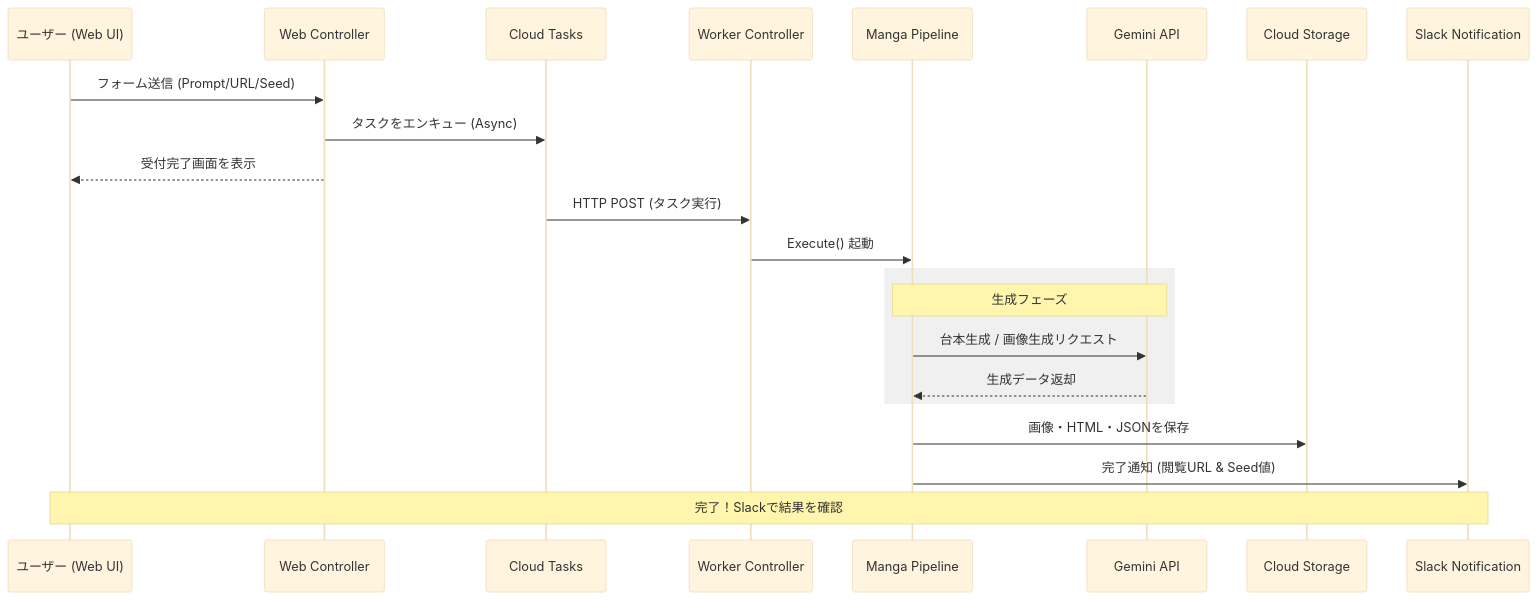
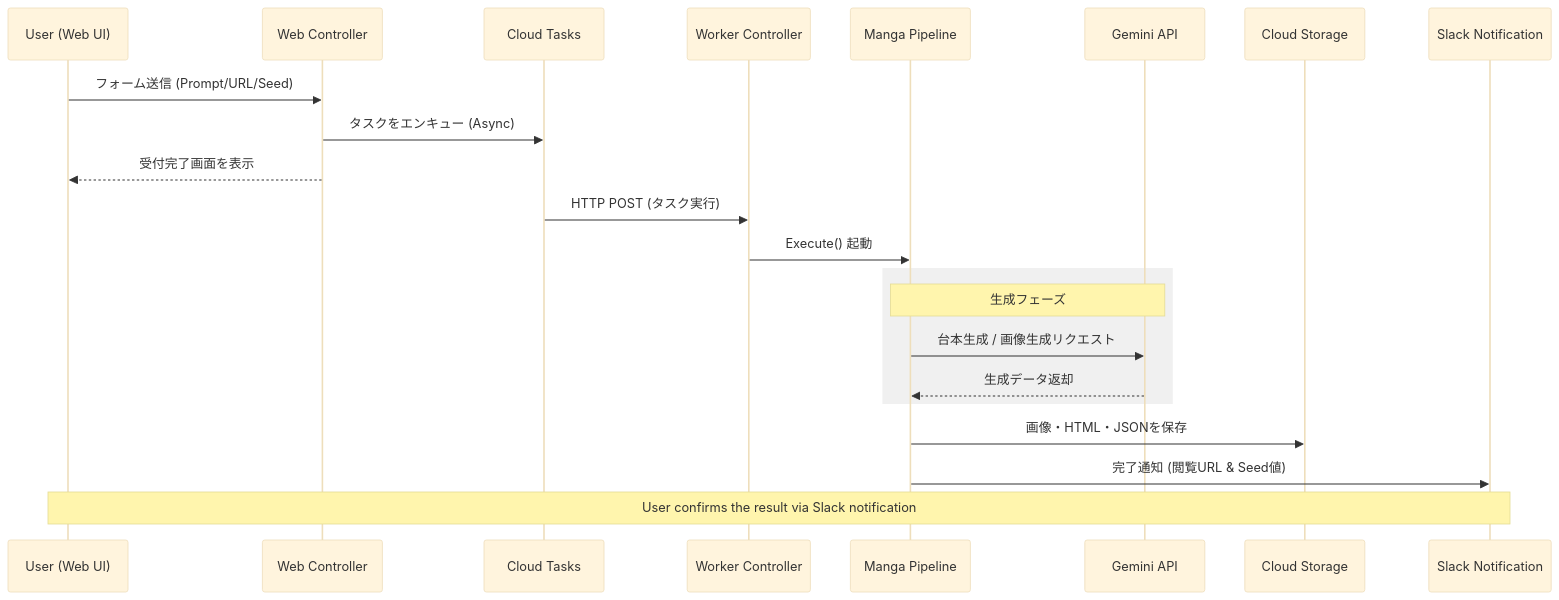
Before and after one commit to shouni/ap-manga-web: the diagram in README.md, drawn with Mermaid (base theme). The commit also changed other lines of this file, not shown here.

Commit message:
Update README.md to standardize Mermaid diagram content and improve clarity
- Renamed Mermaid diagram participant label for consistency (from Japanese to English).
- Adjusted Slack notification description to enhance clarity and better align with user actions.
- Removed unnecessary trailing line for tidiness.

````diff
--- a/README.md
+++ b/README.md
@@ -159,30 +159,29 @@
 ```mermaid
 sequenceDiagram
-    participant User as ユーザー (Web UI)
+    participant User as User (Web UI)
     participant Web as Web Controller
     participant Queue as Cloud Tasks
     participant Worker as Worker Controller
     participant Pipeline as Manga Pipeline
     participant Gemini as Gemini API
     participant GCS as Cloud Storage
     participant Slack as Slack Notification
 
     User->>Web: フォーム送信 (Prompt/URL/Seed)
     Web->>Queue: タスクをエンキュー (Async)
     Web-->>User: 受付完了画面を表示
     
     Queue->>Worker: HTTP POST (タスク実行)
     Worker->>Pipeline: Execute() 起動
     
     rect rgb(240, 240, 240)
         Note over Pipeline, Gemini: 生成フェーズ
         Pipeline->>Gemini: 台本生成 / 画像生成リクエスト
         Gemini-->>Pipeline: 生成データ返却
     end
     
     Pipeline->>GCS: 画像・HTML・JSONを保存
     Pipeline->>Slack: 完了通知 (閲覧URL & Seed値)
     
-    Note over User, Slack: 完了！Slackで結果を確認
-
+    Note over User, Slack: User confirms the result via Slack notification
 ```
````
